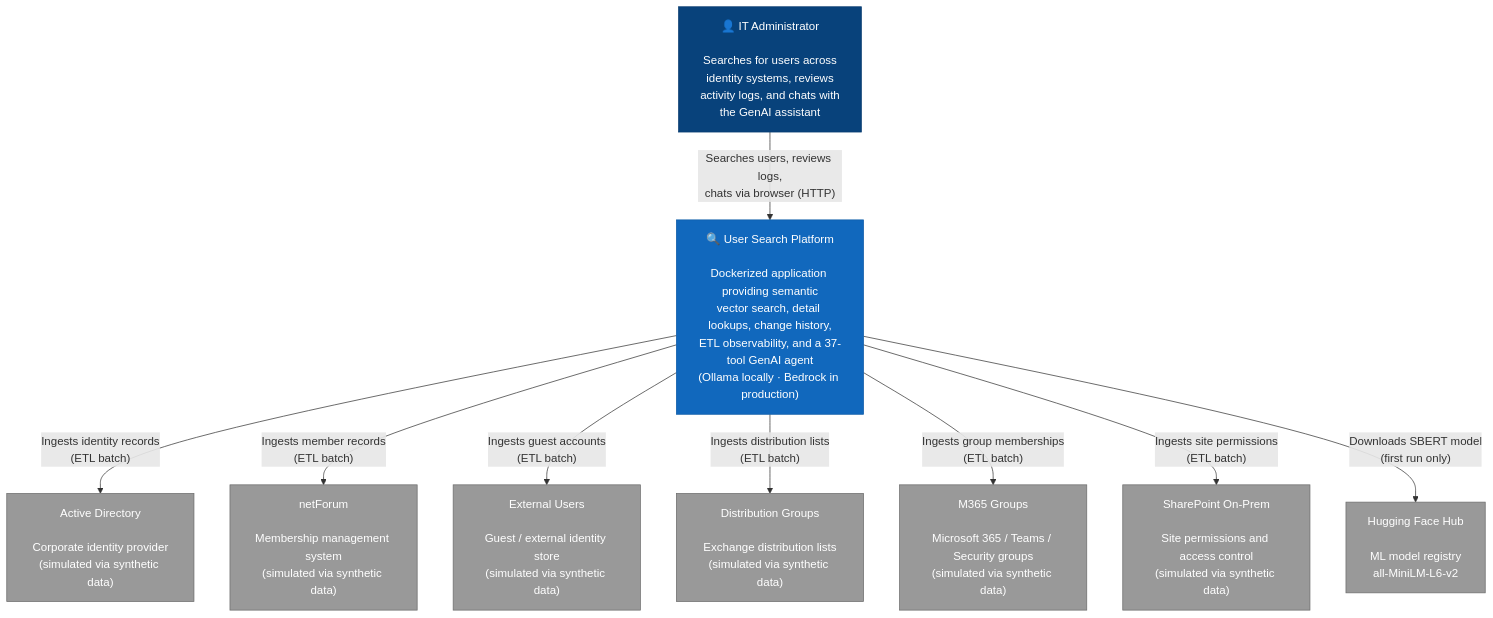
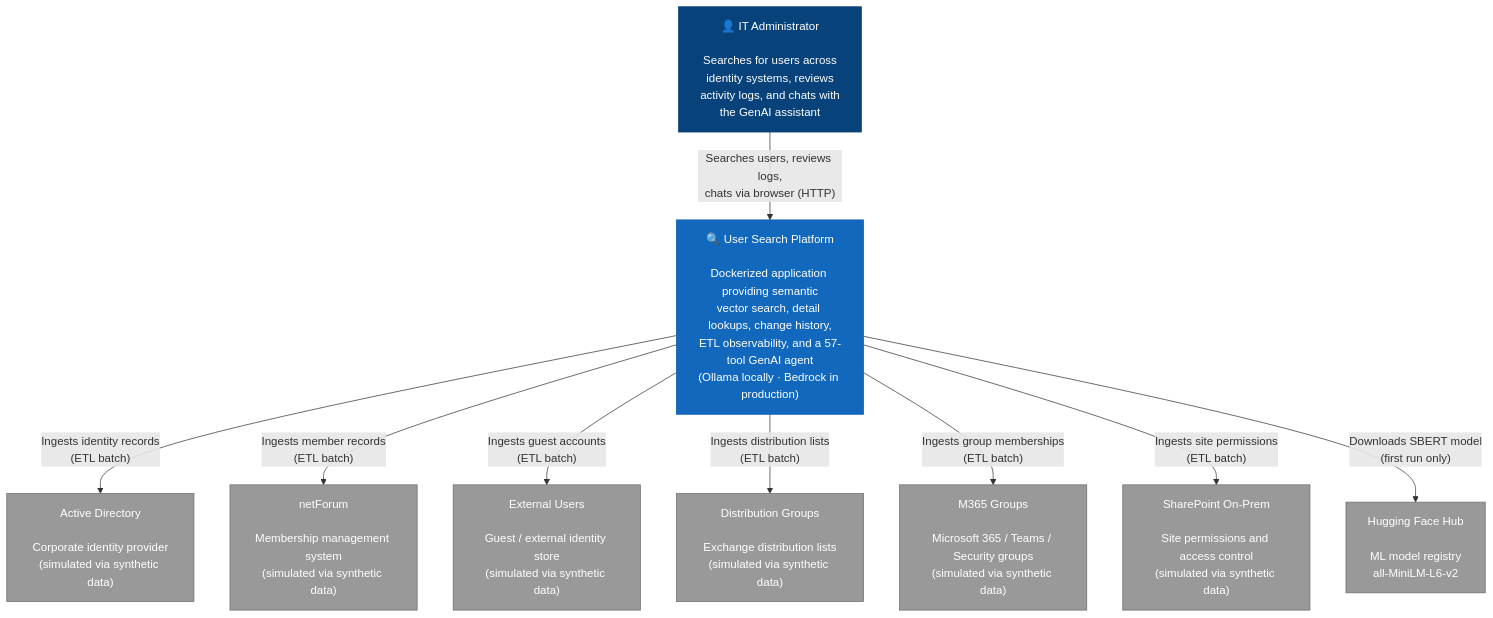
One commit to sjackshaw/user-search changed the diagram in docs/diagrams/c4-system-context.md. Above: the diagram before and after it, drawn with Mermaid. The commit also changed 33 other files, not shown here.

````diff
--- a/docs/diagrams/c4-system-context.md
+++ b/docs/diagrams/c4-system-context.md
@@ -3,27 +3,27 @@
 ```mermaid
 graph TB
     classDef person fill:#08427B,stroke:#073B6F,color:#fff
     classDef system fill:#1168BD,stroke:#0E5BA7,color:#fff
     classDef external fill:#999999,stroke:#6B6B6B,color:#fff
 
     User["👤 IT Administrator<br/><br/>Searches for users across<br/>identity systems, reviews<br/>activity logs, and chats with<br/>the GenAI assistant"]:::person
 
-    UserSearch["🔍 User Search Platform<br/><br/>Dockerized application providing semantic<br/>vector search, detail lookups, change history,<br/>ETL observability, and a 37-tool GenAI agent<br/>(Ollama locally · Bedrock in production)"]:::system
+    UserSearch["🔍 User Search Platform<br/><br/>Dockerized application providing semantic<br/>vector search, detail lookups, change history,<br/>ETL observability, and a 57-tool GenAI agent<br/>(Ollama locally · Bedrock in production)"]:::system
 
     AD["Active Directory<br/><br/>Corporate identity provider<br/>(simulated via synthetic data)"]:::external
     NF["netForum<br/><br/>Membership management system<br/>(simulated via synthetic data)"]:::external
     EU["External Users<br/><br/>Guest / external identity store<br/>(simulated via synthetic data)"]:::external
     DG["Distribution Groups<br/><br/>Exchange distribution lists<br/>(simulated via synthetic data)"]:::external
     M365["M365 Groups<br/><br/>Microsoft 365 / Teams / Security groups<br/>(simulated via synthetic data)"]:::external
     SP["SharePoint On-Prem<br/><br/>Site permissions and access control<br/>(simulated via synthetic data)"]:::external
     HF["Hugging Face Hub<br/><br/>ML model registry<br/>all-MiniLM-L6-v2"]:::external
 
     User -->|"Searches users, reviews logs,<br/>chats via browser (HTTP)"| UserSearch
     UserSearch -->|"Ingests identity records<br/>(ETL batch)"| AD
     UserSearch -->|"Ingests member records<br/>(ETL batch)"| NF
     UserSearch -->|"Ingests guest accounts<br/>(ETL batch)"| EU
     UserSearch -->|"Ingests distribution lists<br/>(ETL batch)"| DG
     UserSearch -->|"Ingests group memberships<br/>(ETL batch)"| M365
     UserSearch -->|"Ingests site permissions<br/>(ETL batch)"| SP
     UserSearch -->|"Downloads SBERT model<br/>(first run only)"| HF
 ```
````
